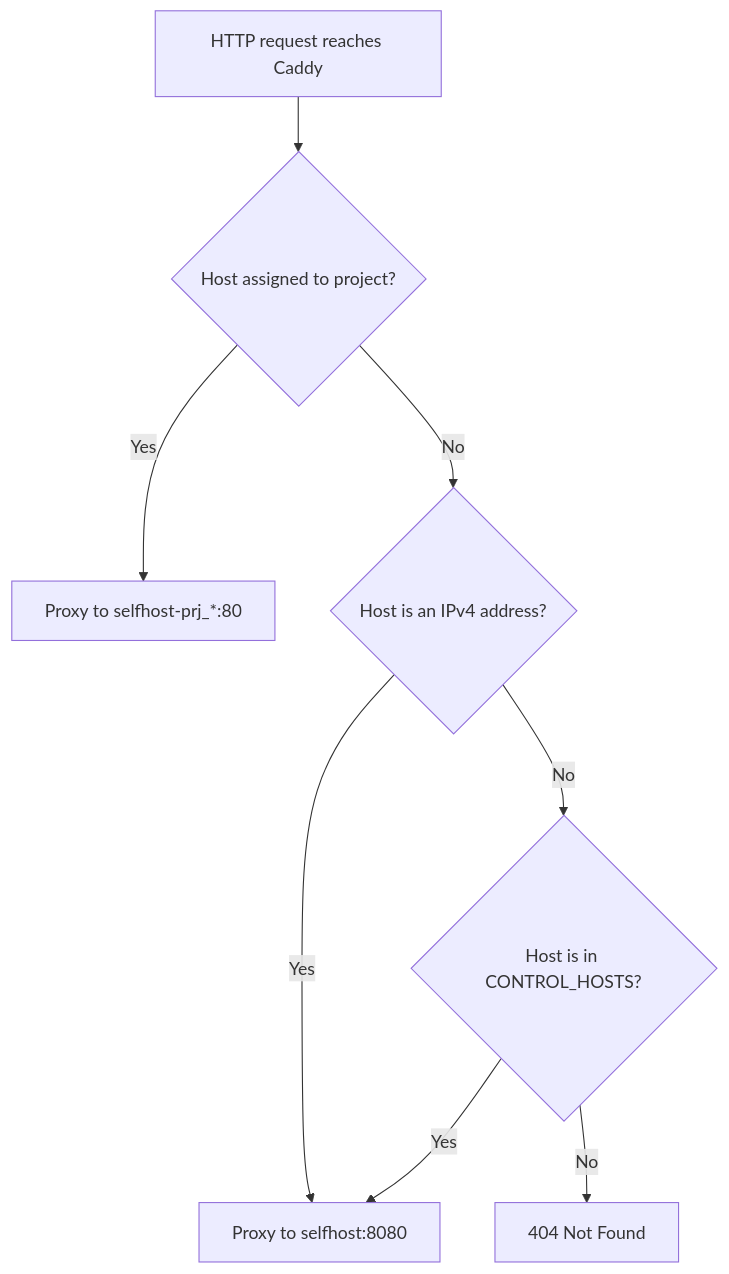
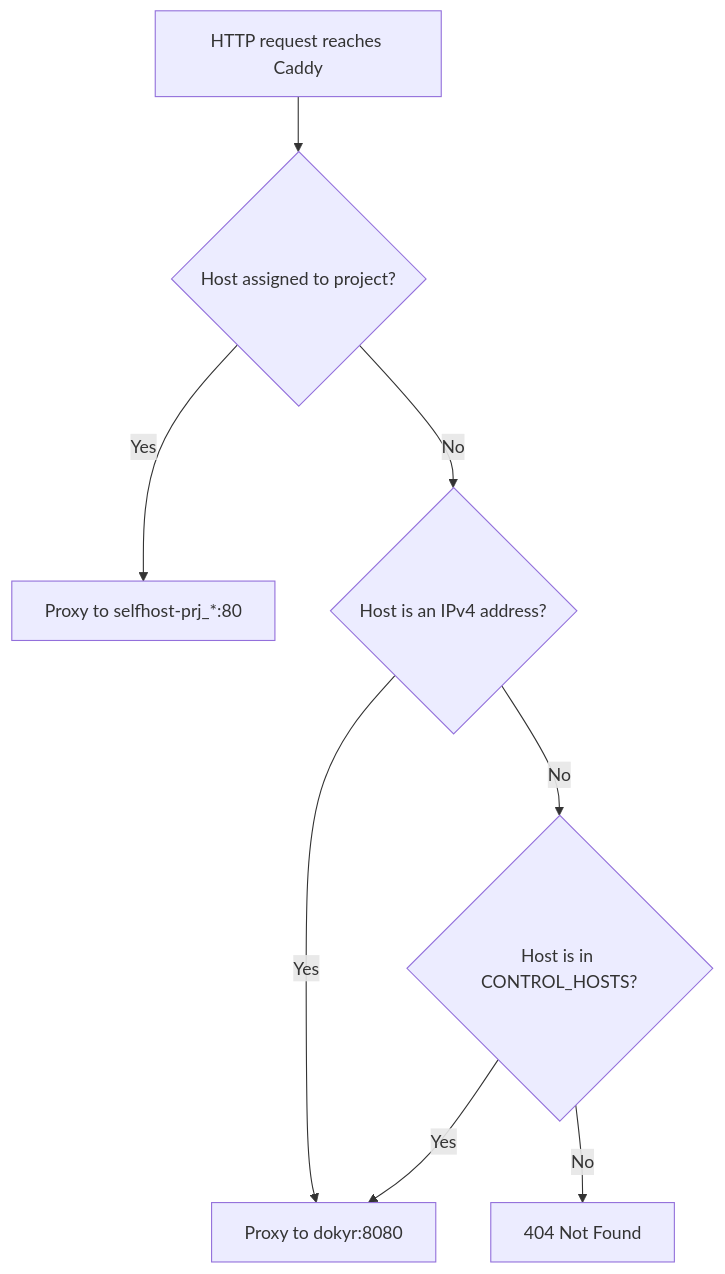
Before and after one commit to azayr/dokyr: the seventh of 8 diagrams in docs/ARCHITECTURE.md, drawn with Mermaid. The commit also changed other lines of this file and 16 other files, not shown here.

Commit message:
refactor: rename control plane service to dokyr

````diff
--- a/docs/ARCHITECTURE.md
+++ b/docs/ARCHITECTURE.md
@@ -310,10 +310,10 @@
 ```mermaid
 flowchart TD
     Request["HTTP request reaches Caddy"] --> Assigned{"Host assigned to project?"}
     Assigned -->|Yes| Workload["Proxy to selfhost-prj_*:80"]
     Assigned -->|No| ControlIP{"Host is an IPv4 address?"}
-    ControlIP -->|Yes| Panel["Proxy to selfhost:8080"]
+    ControlIP -->|Yes| Panel["Proxy to dokyr:8080"]
     ControlIP -->|No| ControlHost{"Host is in CONTROL_HOSTS?"}
     ControlHost -->|Yes| Panel
     ControlHost -->|No| NotFound["404 Not Found"]
 ```
````
